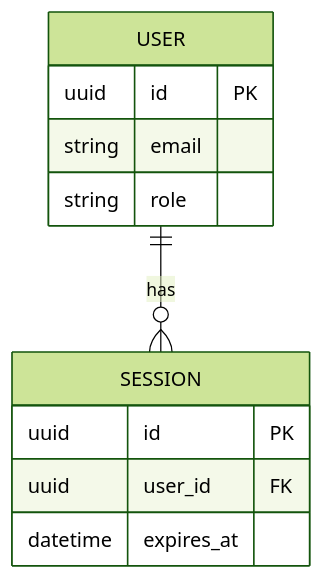
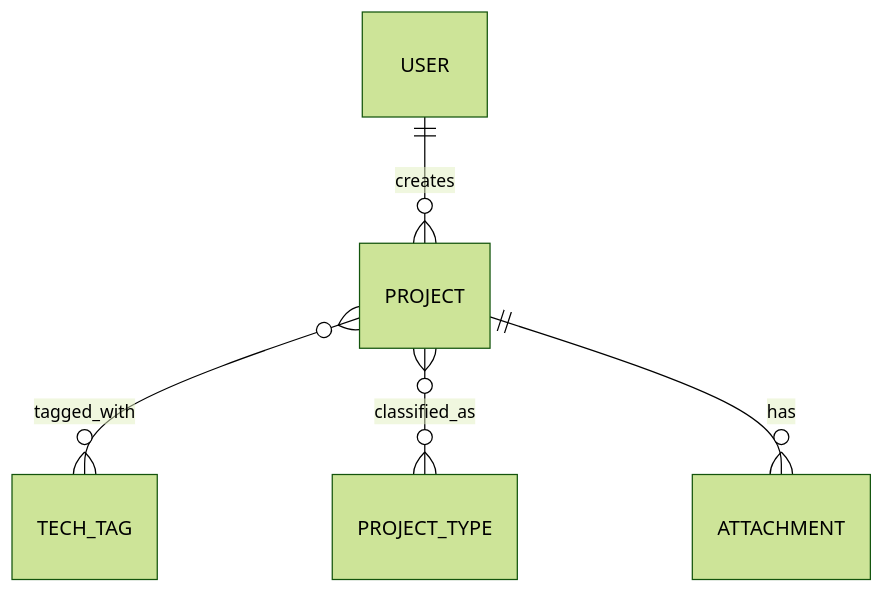
Before and after one commit to cacom127/project-track-management: the diagram in specs/data-model.md, drawn with Mermaid (forest theme). The commit also changed other lines of this file and 6 other files, not shown here.

Commit message:
init architecture

````diff
--- a/specs/data-model.md
+++ b/specs/data-model.md
@@ -12,14 +19,7 @@
 ```mermaid
 erDiagram
-    USER ||--o{ SESSION : has
-    USER {
-        uuid id PK
-        string email
-        string role
-    }
-    SESSION {
-        uuid id PK
-        uuid user_id FK
-        datetime expires_at
-    }
+    USER ||--o{ PROJECT : creates
+    PROJECT }o--o{ TECH_TAG : tagged_with
+    PROJECT }o--o{ PROJECT_TYPE : classified_as
+    PROJECT ||--o{ ATTACHMENT : has
 ```
````
